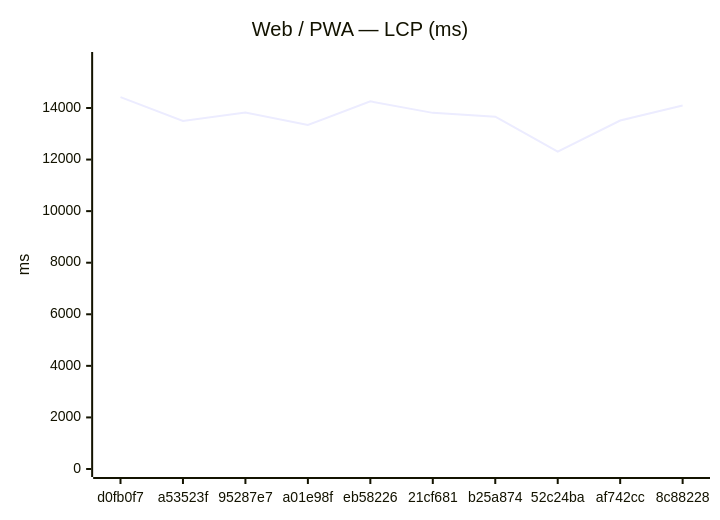
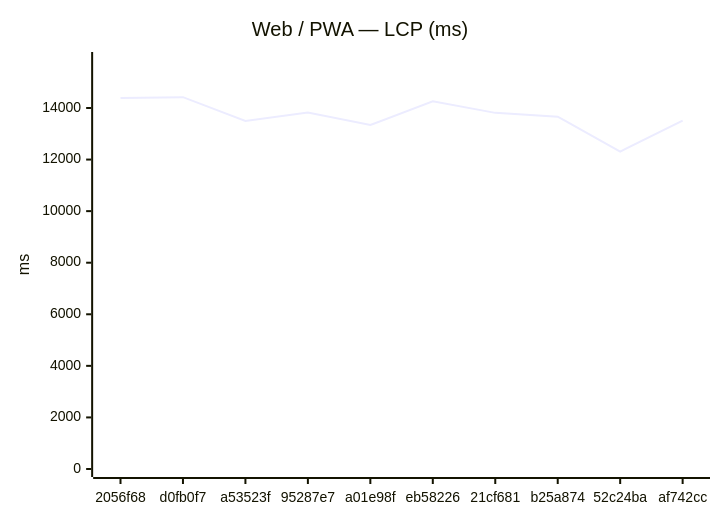
Before and after one commit to Metaheurist/Rianell: the first of 18 diagrams in benchmarks/compare.md, drawn with Mermaid. The commit also changed other lines of this file and 11 other files, not shown here.

````diff
--- a/benchmarks/compare.md
+++ b/benchmarks/compare.md
@@ -24,7 +24,7 @@
 ```mermaid
 xychart-beta
     title "Web / PWA — LCP (ms)"
-    x-axis ["d0fb0f7", "a53523f", "95287e7", "a01e98f", "eb58226", "21cf681", "b25a874", "52c24ba", "af742cc", "8c88228"]
+    x-axis ["2056f68", "d0fb0f7", "a53523f", "95287e7", "a01e98f", "eb58226", "21cf681", "b25a874", "52c24ba", "af742cc"]
     y-axis "ms" 0 --> 15861
-    line [14419, 13497, 13828, 13339, 14256, 13811, 13665, 12311, 13514, 14099]
+    line [14386, 14419, 13497, 13828, 13339, 14256, 13811, 13665, 12311, 13514]
 ```
````
